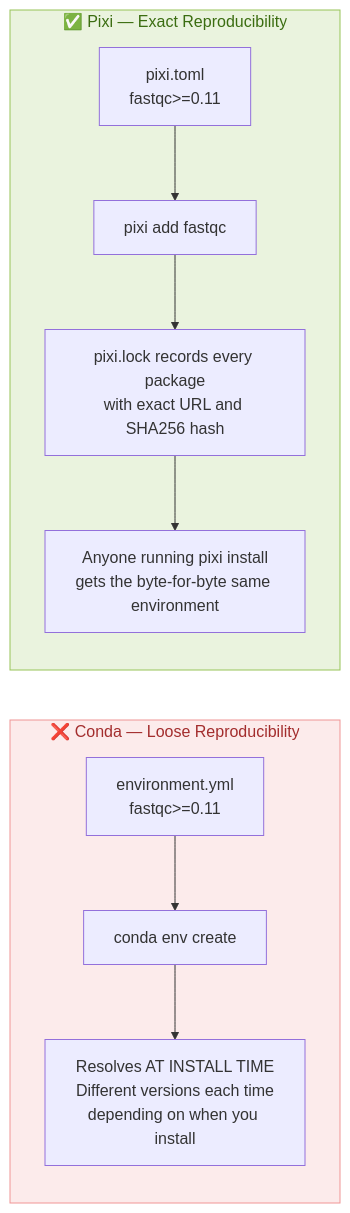
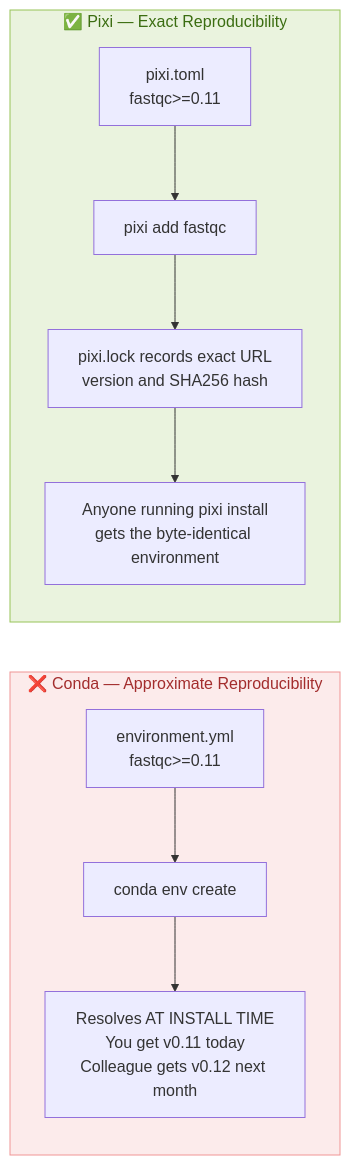
One commit to hossainlab/bioinfo_workflow changed the sixth of 8 diagrams in docs/day1_pixi_tutorial.md. Above: the diagram before and after it, drawn with Mermaid. The commit also changed other lines of this file, not shown here.

````diff
--- a/docs/day1_pixi_tutorial.md
+++ b/docs/day1_pixi_tutorial.md
@@ -916,16 +1080,16 @@
 ```mermaid
 flowchart LR
-    subgraph Conda["❌ Conda — Loose Reproducibility"]
+    subgraph Conda["❌ Conda — Approximate Reproducibility"]
         A1["environment.yml<br/>fastqc>=0.11"] --> B1["conda env create"]
-        B1 --> C1["Resolves AT INSTALL TIME<br/>Different versions each time<br/>depending on when you install"]
+        B1 --> C1["Resolves AT INSTALL TIME<br/>You get v0.11 today<br/>Colleague gets v0.12 next month"]
     end
 
     subgraph PixiR["✅ Pixi — Exact Reproducibility"]
         A2["pixi.toml<br/>fastqc>=0.11"] --> B2["pixi add fastqc"]
-        B2 --> C2["pixi.lock records every package<br/>with exact URL and SHA256 hash"]
-        C2 --> D2["Anyone running pixi install<br/>gets the byte-for-byte same environment"]
+        B2 --> C2["pixi.lock records exact URL<br/>version and SHA256 hash"]
+        C2 --> D2["Anyone running pixi install<br/>gets the byte-identical environment"]
     end
 
     style PixiR fill:#EAF3DE,color:#3B6D11,stroke:#97C459
     style Conda fill:#FCEBEB,color:#A32D2D,stroke:#F09595
 ```
````
